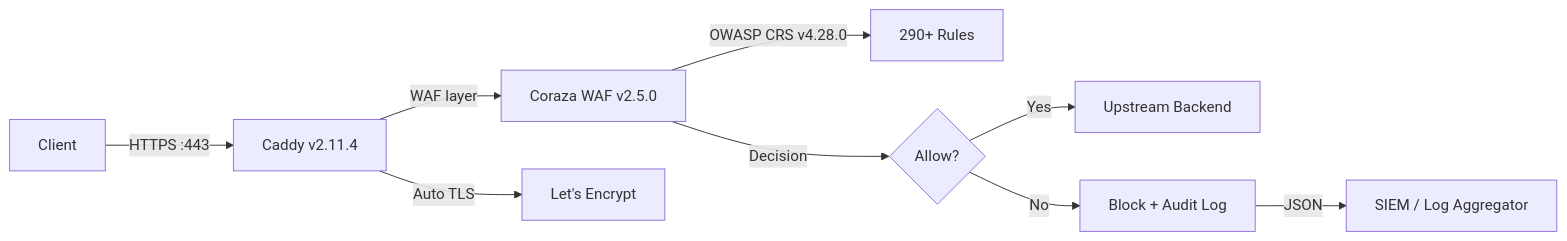
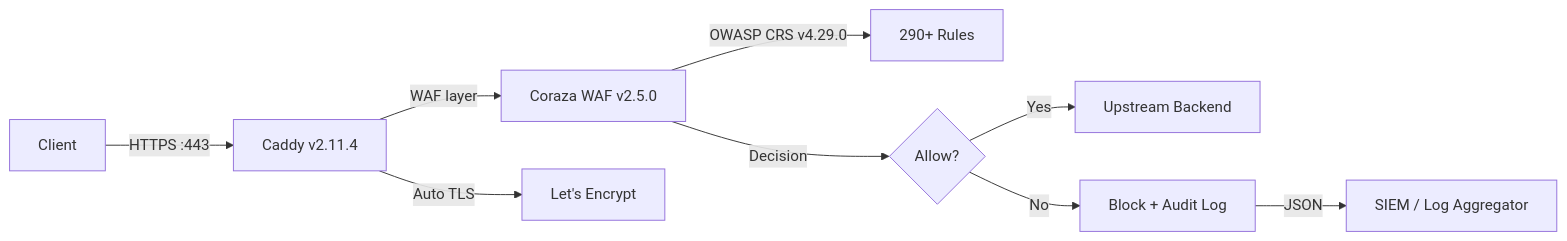
The diagram in README.md (Developmi/caddy-waf), drawn with Mermaid before and after one commit. The commit also changed other lines of this file and 7 other files, not shown here.

Commit message:
feature: Update OWASP CRS to version 4.29.0 and Trivy to version 0.74.0 across documentation and configuration files

````diff
--- a/README.md
+++ b/README.md
@@ -154,11 +154,11 @@
 ```mermaid
 flowchart LR
     Client[Client] -->|HTTPS :443| Caddy[Caddy v2.11.4]
     Caddy -->|WAF layer| Coraza[Coraza WAF v2.5.0]
-    Coraza -->|OWASP CRS v4.28.0| Rules[290+ Rules]
+    Coraza -->|OWASP CRS v4.29.0| Rules[290+ Rules]
     Coraza -->|Decision| Action{Allow?}
     Action -->|Yes| Backend[Upstream Backend]
     Action -->|No| Block[Block + Audit Log]
     Block -->|JSON| SIEM[SIEM / Log Aggregator]
     Caddy -->|Auto TLS| LE[Let's Encrypt]
 ```
````
